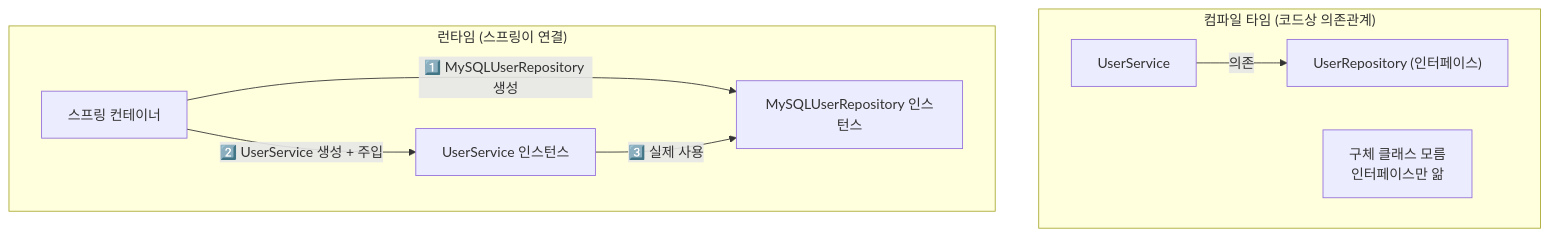
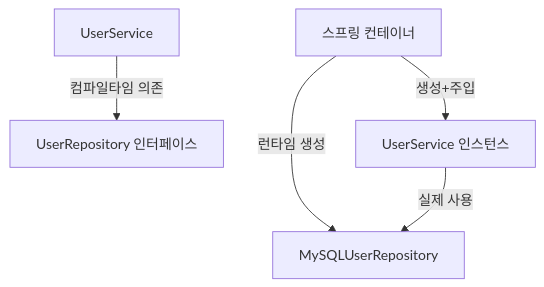
Diagram 13 of 13 in _posts/spring/2026-05-02-spring-core-basic.md (yjkim2015/yjkim2015.github.io), drawn with Mermaid before and after one commit. The commit also changed other lines of this file and 215 other files, not shown here.

First line of the commit message:
신규 포스트 10개 추가 + Mermaid 전면 축소 + SystemDesign 시리즈 보강

````diff
--- a/_posts/spring/2026-05-02-spring-core-basic.md
+++ b/_posts/spring/2026-05-02-spring-core-basic.md
@@ -913,18 +789,7 @@
 ```mermaid
 graph TD
-    subgraph "컴파일 타임 (코드상 의존관계)"
-        SVC1["UserService"]
-        IFACE["UserRepository (인터페이스)"]
-        SVC1 -->|"의존"| IFACE
-        NOTE1["구체 클래스 모름\n인터페이스만 앎"]
-    end
-
-    subgraph "런타임 (스프링이 연결)"
-        SVC2["UserService 인스턴스"]
-        IMPL["MySQLUserRepository 인스턴스"]
-        CTX["스프링 컨테이너"]
-        CTX -->|"1️⃣ MySQLUserRepository 생성"| IMPL
-        CTX -->|"2️⃣ UserService 생성 + 주입"| SVC2
-        SVC2 -->|"3️⃣ 실제 사용"| IMPL
-    end
+    SVC1["UserService"] -->|컴파일타임 의존| IFACE["UserRepository 인터페이스"]
+    CTX["스프링 컨테이너"] -->|런타임 생성| IMPL["MySQLUserRepository"]
+    CTX -->|생성+주입| SVC2["UserService 인스턴스"]
+    SVC2 -->|실제 사용| IMPL
 ```
````
